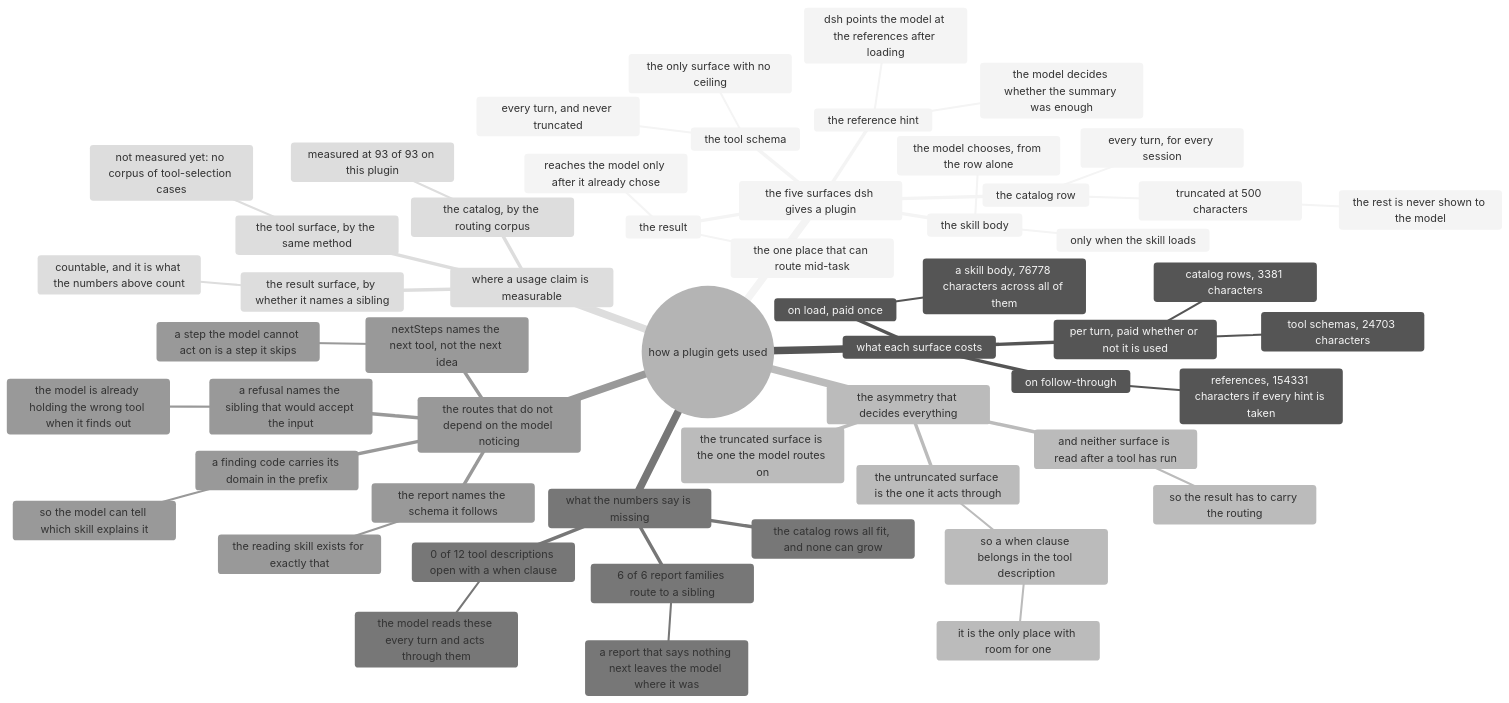
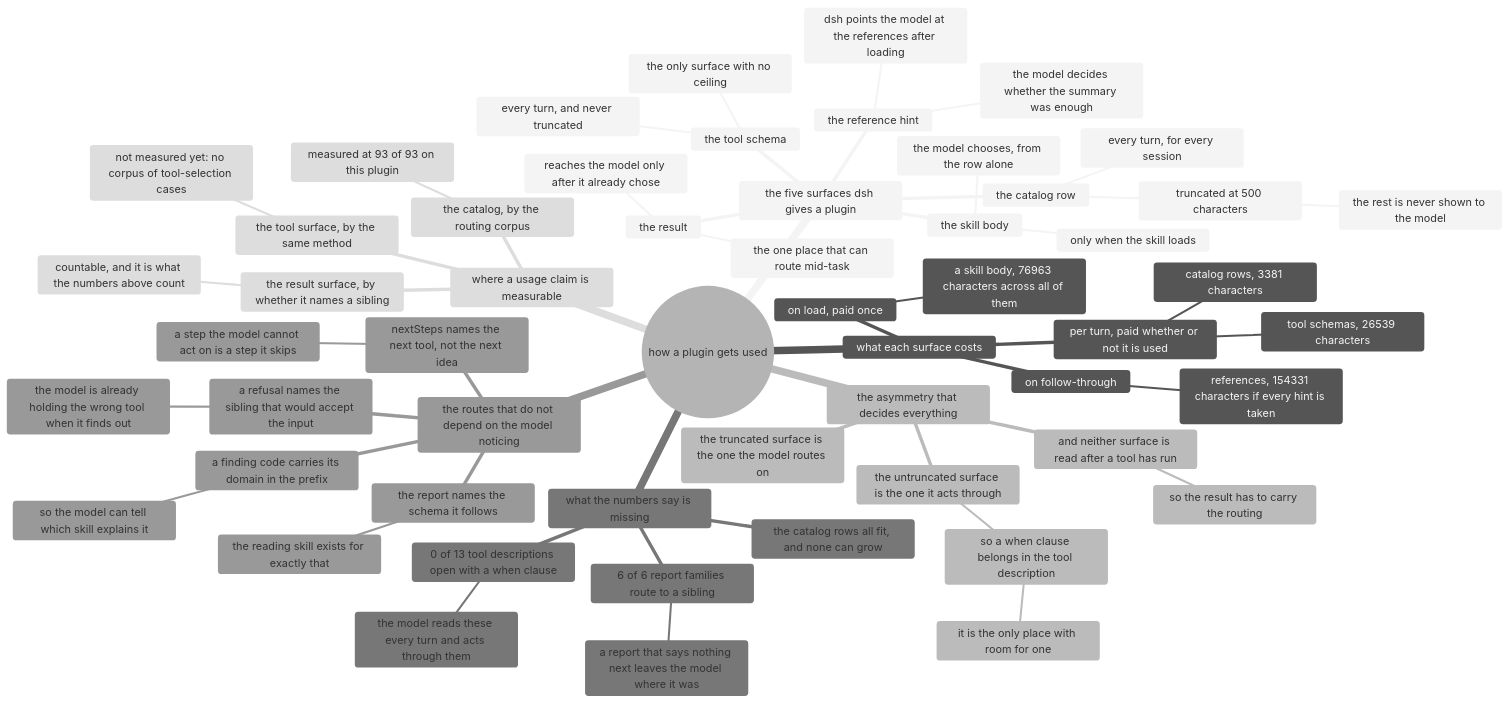
Before and after one commit to AmethystLuna/dsh-model-everything: the diagram in docs/usage/mindmap.mmd, drawn with Mermaid (neutral theme). The commit also changed 25 other files, not shown here.

```diff
--- a/docs/usage/mindmap.mmd
+++ b/docs/usage/mindmap.mmd
@@ -1,56 +1,56 @@
 mindmap
 root((how a plugin gets used))
   the five surfaces dsh gives a plugin
     the catalog row
       every turn, for every session
       truncated at 500 characters
         the rest is never shown to the model
     the skill body
       only when the skill loads
       the model chooses, from the row alone
     the reference hint
       dsh points the model at the references after loading
       the model decides whether the summary was enough
     the tool schema
       every turn, and never truncated
       the only surface with no ceiling
     the result
       reaches the model only after it already chose
       the one place that can route mid-task
   what each surface costs
     per turn, paid whether or not it is used
       catalog rows, 3381 characters
-      tool schemas, 24703 characters
+      tool schemas, 26539 characters
     on load, paid once
-      a skill body, 76778 characters across all of them
+      a skill body, 76963 characters across all of them
     on follow-through
       references, 154331 characters if every hint is taken
   the asymmetry that decides everything
     the truncated surface is the one the model routes on
     the untruncated surface is the one it acts through
       so a when clause belongs in the tool description
         it is the only place with room for one
     and neither surface is read after a tool has run
       so the result has to carry the routing
   what the numbers say is missing
-    0 of 12 tool descriptions open with a when clause
+    0 of 13 tool descriptions open with a when clause
       the model reads these every turn and acts through them
     6 of 6 report families route to a sibling
       a report that says nothing next leaves the model where it was
     the catalog rows all fit, and none can grow
   the routes that do not depend on the model noticing
     a refusal names the sibling that would accept the input
       the model is already holding the wrong tool when it finds out
     nextSteps names the next tool, not the next idea
       a step the model cannot act on is a step it skips
     a finding code carries its domain in the prefix
       so the model can tell which skill explains it
     the report names the schema it follows
       the reading skill exists for exactly that
   where a usage claim is measurable
     the catalog, by the routing corpus
       measured at 93 of 93 on this plugin
     the tool surface, by the same method
       not measured yet: no corpus of tool-selection cases
     the result surface, by whether it names a sibling
       countable, and it is what the numbers above count
```
